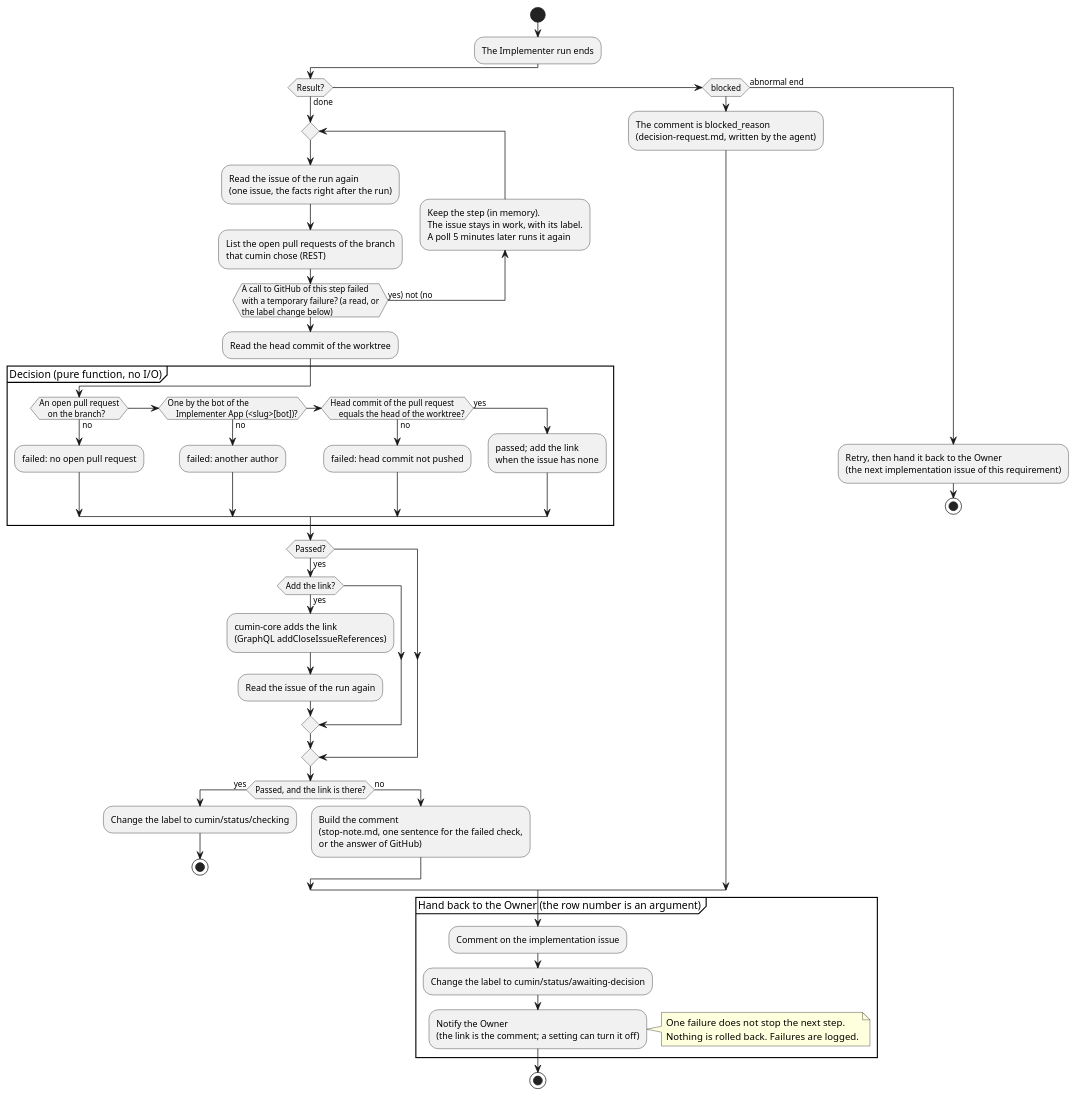
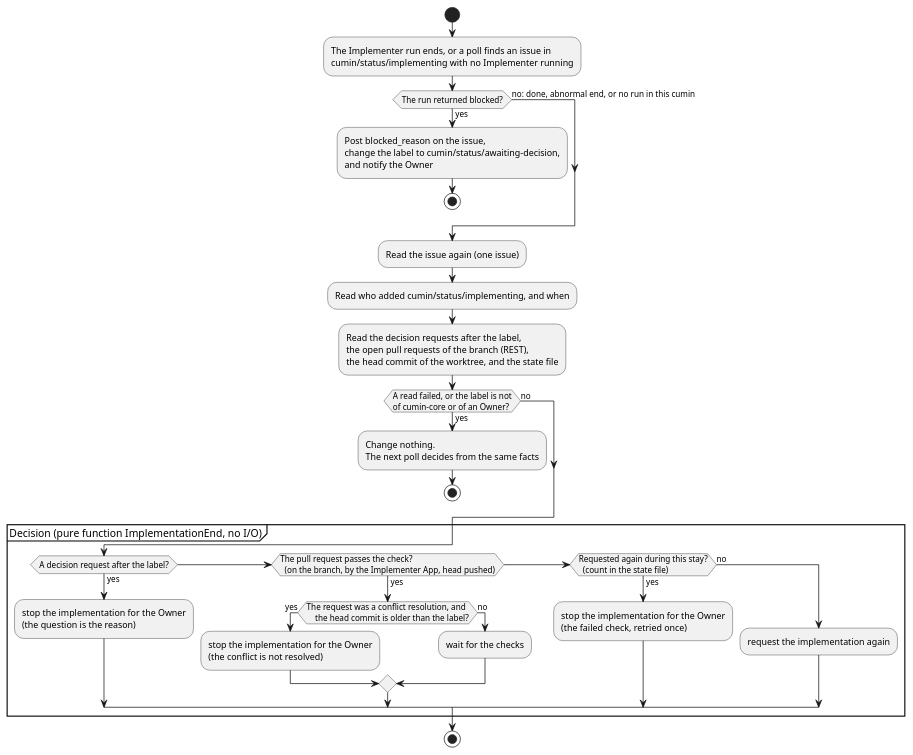
Before and after one commit to cloveclovedev/cumin-works: the diagram in docs/ja/designs/poll-verify.puml, drawn with PlantUML. The commit also changed 17 other files, not shown here.

First line of the commit message:
feat(workflow): decide the way out of implementing at every poll (#544)

```diff
--- a/docs/ja/designs/poll-verify.puml
+++ b/docs/ja/designs/poll-verify.puml
@@ -1,73 +1,62 @@
 @startuml poll-verify
-' cumin works - the end of a run (I2): the checks after an Implementer run, the kept step after a temporary failure, and the way back to the Owner.
+' cumin works - the way out of cumin/status/implementing: the decision at the end of an Implementer run and at every poll.
 ' Document: poll.md, sections on the end of a run and the way back to the Owner.
 ' Render: run scripts/render-diagrams.sh at the root of the repository.
 skinparam shadowing false
 skinparam defaultFontName sans-serif
 
 start
-:The Implementer run ends;
-if (Result?) then (done)
-  repeat
-    :Read the issue of the run again
-    (one issue, the facts right after the run);
-    :List the open pull requests of the branch
-    that cumin chose (REST);
-    backward :Keep the step (in memory).
-    The issue stays in work, with its label.
-    A poll 5 minutes later runs it again;
-  repeat while (A call to GitHub of this step failed
-  with a temporary failure? (a read, or
-  the label change below)) is (yes) not (no)
-  :Read the head commit of the worktree;
-  partition "Decision (pure function, no I/O)" {
-    if (An open pull request
-    on the branch?) then (no)
-      :failed: no open pull request;
-    elseif (One by the bot of the
-    Implementer App (<slug>[bot])?) then (no)
-      :failed: another author;
-    elseif (Head commit of the pull request
-    equals the head of the worktree?) then (no)
-      :failed: head commit not pushed;
-    else (yes)
-      :passed; add the link
-      when the issue has none;
+:The Implementer run ends, or a poll finds an issue in
+cumin/status/implementing with no Implementer running;
+if (The run returned blocked?) then (yes)
+  :Post blocked_reason on the issue,
+  change the label to cumin/status/awaiting-decision,
+  and notify the Owner;
+  stop
+else (no: done, abnormal end, or no run in this cumin)
+endif
+:Read the issue again (one issue);
+:Read who added cumin/status/implementing, and when;
+:Read the decision requests after the label,
+the open pull requests of the branch (REST),
+the head commit of the worktree, and the state file;
+if (A read failed, or the label is not
+of cumin-core or of an Owner?) then (yes)
+  :Change nothing.
+  The next poll decides from the same facts;
+  stop
+else (no)
+endif
+partition "Decision (pure function ImplementationEnd, no I/O)" {
+  if (A decision request after the label?) then (yes)
+    :stop the implementation for the Owner
+    (the question is the reason);
+  elseif (The pull request passes the check?
+  (on the branch, by the Implementer App, head pushed)) then (yes)
+    if (The request was a conflict resolution, and
+    the head commit is older than the label?) then (yes)
+      :stop the implementation for the Owner
+      (the conflict is not resolved);
+    else (no)
+      :wait for the checks;
     endif
-  }
-  if (Passed?) then (yes)
-    if (Add the link?) then (yes)
-      :cumin-core adds the link
-      (GraphQL addCloseIssueReferences);
-      :Read the issue of the run again;
-    endif
+  elseif (Requested again during this stay?
+  (count in the state file)) then (yes)
+    :stop the implementation for the Owner
+    (the failed check, retried once);
+  else (no)
+    :request the implementation again;
   endif
-  if (Passed, and the link is there?) then (yes)
-    :Change the label to cumin/status/checking;
-    stop
-  else (no)
-    :Build the comment
-    (stop-note.md, one sentence for the failed check,
-    or the answer of GitHub);
-  endif
-elseif (blocked) then
-  :The comment is blocked_reason
-  (decision-request.md, written by the agent);
-else (abnormal end)
-  :Retry, then hand it back to the Owner
-  (the next implementation issue of this requirement);
-  stop
-endif
-
-partition "Hand back to the Owner (the row number is an argument)" {
-  :Comment on the implementation issue;
-  :Change the label to cumin/status/awaiting-decision;
-  :Notify the Owner
-  (the link is the comment; a setting can turn it off);
 }
 note right
-  One failure does not stop the next step.
-  Nothing is rolled back. Failures are logged.
+  wait for the checks: cumin-core adds the closing link
+  when it is missing, then cumin/status/checking.
+  stop: the label changes to cumin/status/awaiting-decision
+  first, then the comment (not for a question), then the
+  notification.
+  request again: the quota decides, the count rises, and the
+  Implementer runs in the kept session. Its end comes back
+  to the top of this diagram.
 end note
 stop
 @enduml
```
